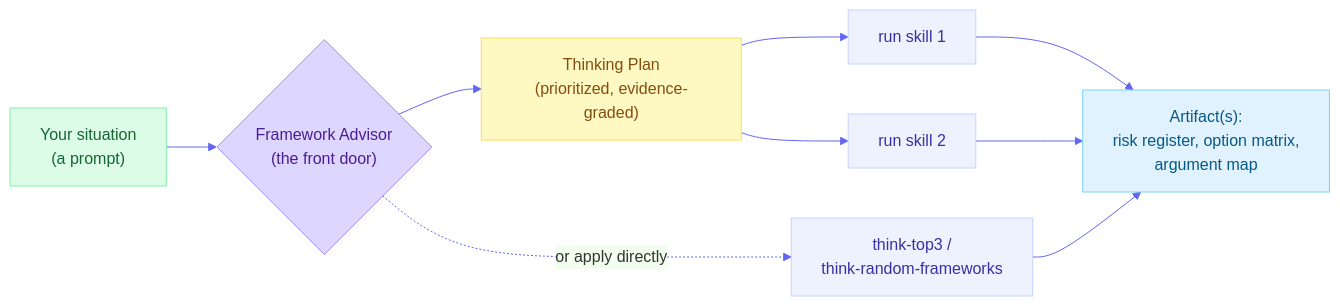
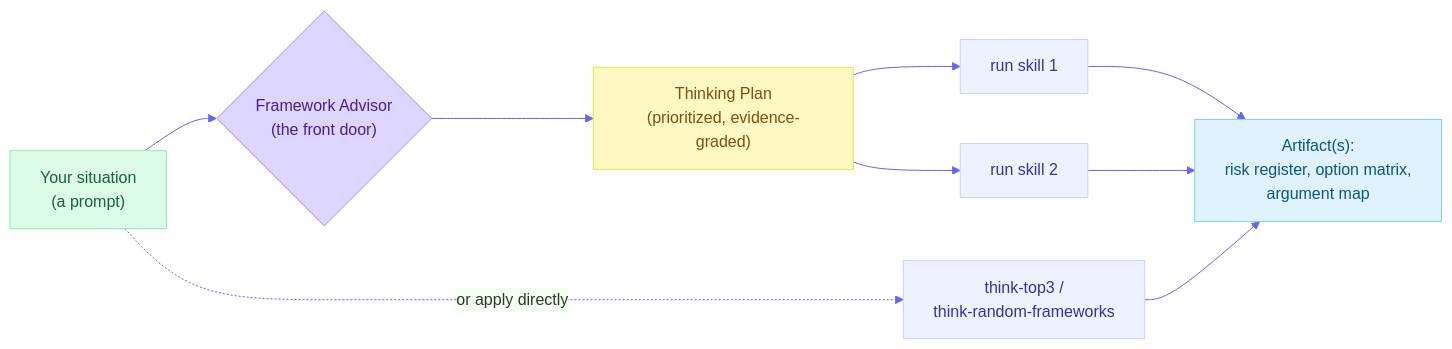
The first of 3 diagrams in README.md (product-on-purpose/thinking-framework-skills), drawn with Mermaid before and after one commit. The commit also changed 5 other files, not shown here.

First line of the commit message:
fix(diagrams): resolve codex adversarial-review findings (Plan 4 fix pass)

````diff
--- a/README.md
+++ b/README.md
@@ -106,17 +106,17 @@
 ```mermaid
 %%{init: {'theme':'base','themeVariables':{'primaryColor':'#eef2ff','primaryBorderColor':'#c7d2fe','lineColor':'#6366f1'}}}%%
 flowchart LR
   sit["Your situation<br/>(a prompt)"]:::in --> adv{"Framework Advisor<br/>(the front door)"}:::router
   adv --> plan["Thinking Plan<br/>(prioritized, evidence-graded)"]:::plan
   plan --> s1["run skill 1"]:::skill
   plan --> s2["run skill 2"]:::skill
   s1 --> art["Artifact(s):<br/>risk register, option matrix,<br/>argument map"]:::art
   s2 --> art
-  adv -. "or apply directly" .-> top3["think-top3 /<br/>think-random-frameworks"]:::skill
+  sit -. "or apply directly" .-> top3["think-top3 /<br/>think-random-frameworks"]:::skill
   top3 --> art
   classDef in fill:#dcfce7,stroke:#86efac,color:#166534;
   classDef router fill:#ddd6fe,stroke:#a78bfa,color:#4c1d95;
   classDef plan fill:#fef9c3,stroke:#fde047,color:#854d0e;
   classDef skill fill:#eef2ff,stroke:#c7d2fe,color:#3730a3;
   classDef art fill:#e0f2fe,stroke:#7dd3fc,color:#075985;
 ```
````
